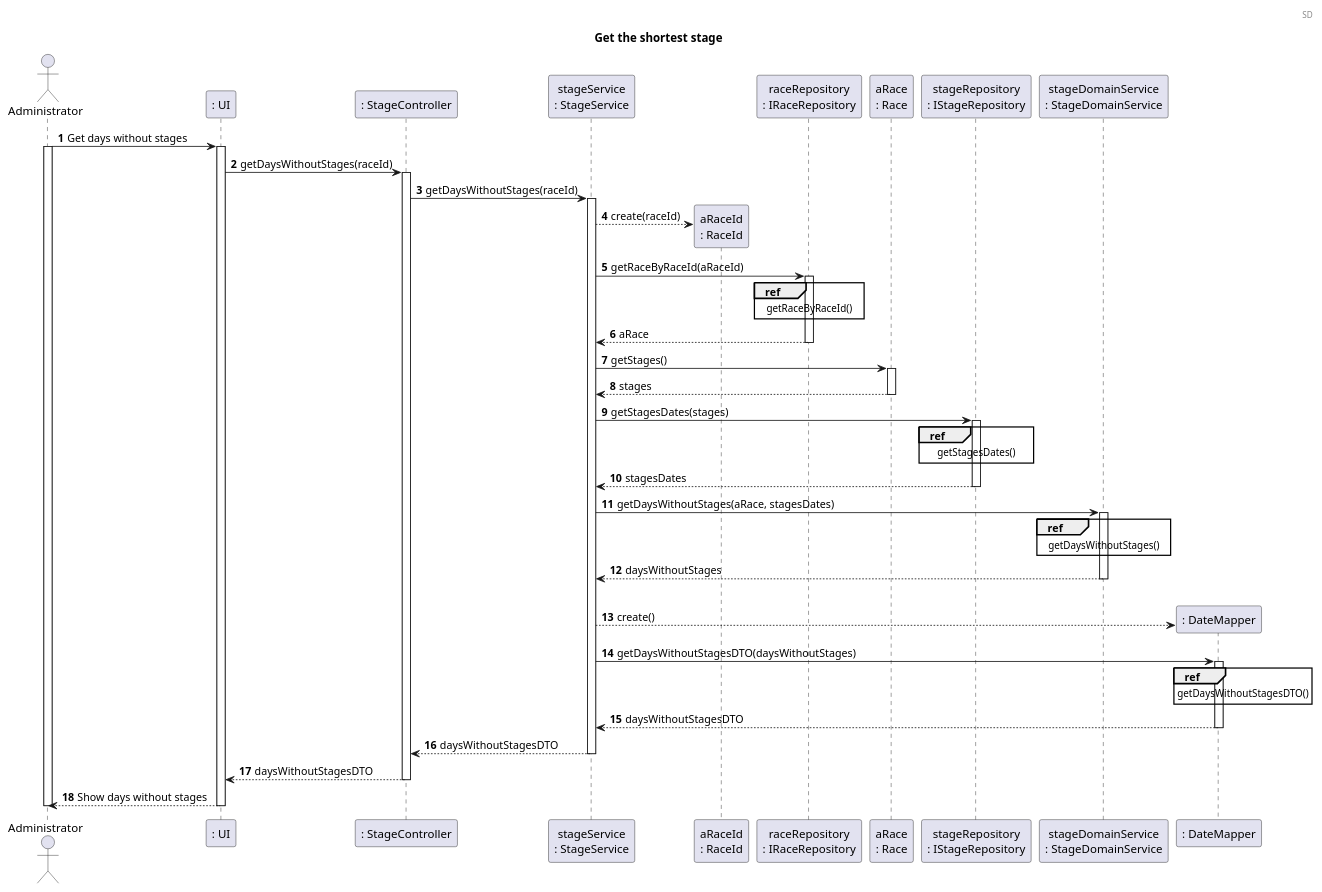
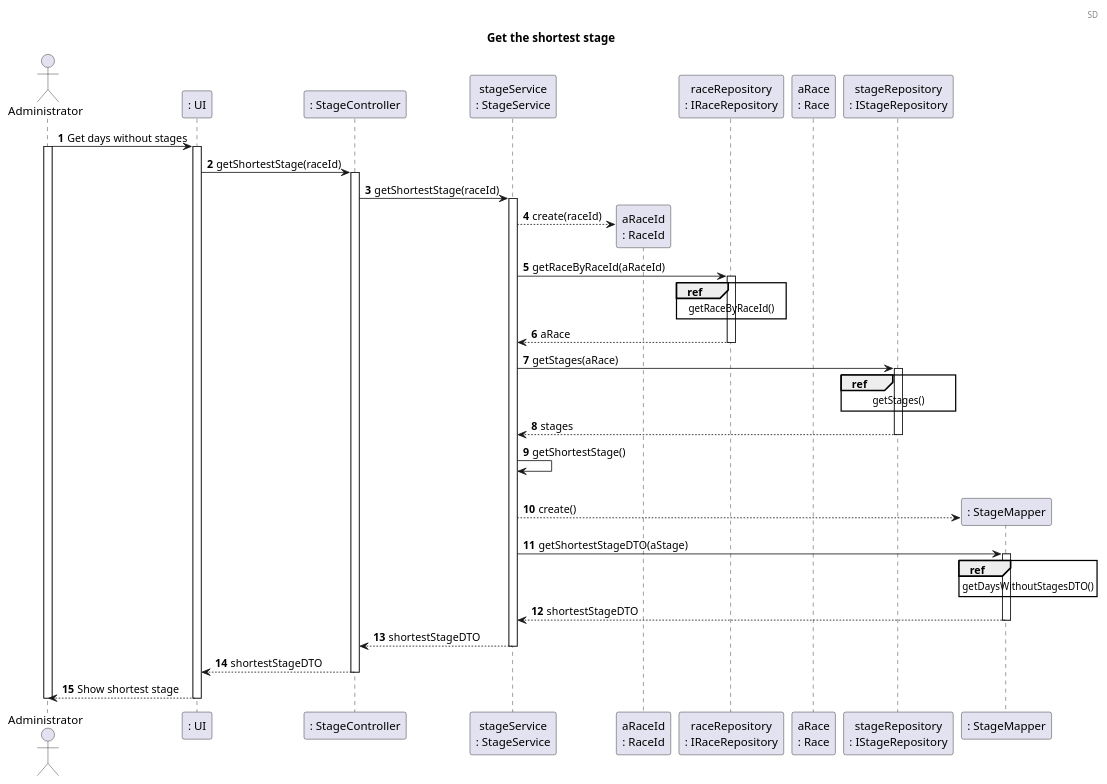
Before and after one commit to FilipaBorges94/Bicycles: the third of 4 diagrams in docs/user_stories/US08_Get_Shortest_Stage.md, drawn with PlantUML. The commit also changed other lines of this file, not shown here.

```diff
--- a/docs/user_stories/US08_Get_Shortest_Stage.md
+++ b/docs/user_stories/US08_Get_Shortest_Stage.md
@@ -126,17 +115,16 @@
 participant "raceRepository\n: IRaceRepository" as RR
 participant "aRace\n: Race" as R
 participant "stageRepository\n: IStageRepository" as SR
-participant "stageDomainService\n: StageDomainService" as SDS
-participant ": DateMapper" as mapper
+participant ": StageMapper" as mapper
 
 ADMIN -> UI : Get days without stages
 activate ADMIN
 activate UI
 
-UI -> SC : getDaysWithoutStages(raceId)
+UI -> SC : getShortestStage(raceId)
 activate SC
 
-SC -> SS : getDaysWithoutStages(raceId)
+SC -> SS : getShortestStage(raceId)
 activate SS
 
 SS --> RID ** : create(raceId)
@@ -152,55 +140,42 @@
 RR --> SS : aRace
 deactivate RR
 
-SS -> R : getStages()
-activate R
 
-R --> SS : stages
-deactivate R
-
-SS -> SR : getStagesDates(stages)
+SS -> SR : getStages(aRace)
 activate SR
 
 ref over SR
-getStagesDates()
+getStages()
 end ref
 
-SR --> SS : stagesDates
+SR --> SS : stages
 deactivate SR
 
+SS -> SS : getShortestStage()
 
-SS -> SDS : getDaysWithoutStages(aRace, stagesDates)
-activate SDS
-
-ref over SDS
-getDaysWithoutStages()
-end ref
-
-SDS --> SS : daysWithoutStages
-deactivate SDS
 
 |||
 
 SS --> mapper** : create()
 
 
-SS -> mapper : getDaysWithoutStagesDTO(daysWithoutStages)
+SS -> mapper : getShortestStageDTO(aStage)
 activate mapper
 
 ref over mapper
 getDaysWithoutStagesDTO()
 end
 
-mapper --> SS : daysWithoutStagesDTO
+mapper --> SS : shortestStageDTO
 deactivate mapper
 
-SS --> SC  : daysWithoutStagesDTO
+SS --> SC  : shortestStageDTO
 deactivate SS
 
-SC --> UI : daysWithoutStagesDTO
+SC --> UI : shortestStageDTO
 deactivate SC
 
-UI --> ADMIN : Show days without stages
+UI --> ADMIN : Show shortest stage  
 deactivate UI
 
 deactivate ADMIN
```
